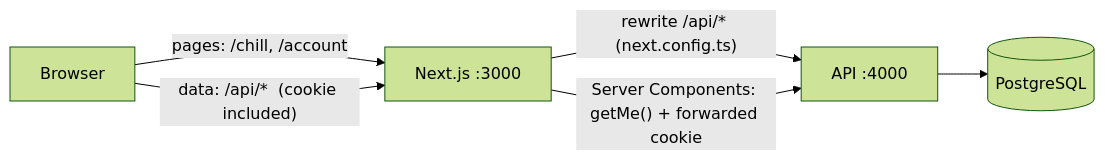
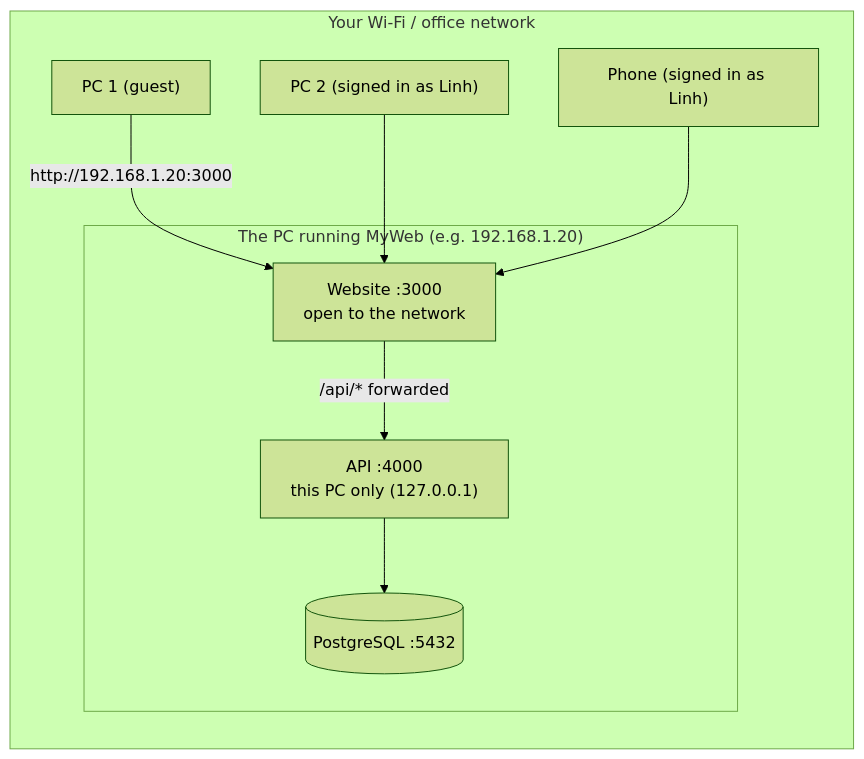
One commit to tqhung431/MyWeb changed the first of 4 diagrams in docs/stage-4.md. Above: the diagram before and after it, drawn with Mermaid (forest theme). The commit also changed other lines of this file and 40 other files, not shown here.

````diff
--- a/docs/stage-4.md
+++ b/docs/stage-4.md
@@ -16,8 +18,18 @@
 ```mermaid
 flowchart LR
-    B[Browser] -- "pages: /chill, /account" --> N[Next.js :3000]
-    B -- "data: /api/*  (cookie included)" --> N
-    N -- "rewrite /api/* (next.config.ts)" --> A[API :4000]
-    N -- "Server Components: getMe() + forwarded cookie" --> A
-    A --> D[(PostgreSQL)]
+    subgraph Network["Your Wi-Fi / office network"]
+        PC1["PC 1 (guest)"]
+        PC2["PC 2 (signed in as Linh)"]
+        PH["Phone (signed in as Linh)"]
+        subgraph Host["The PC running MyWeb (e.g. 192.168.1.20)"]
+            N["Website :3000<br/>open to the network"]
+            A["API :4000<br/>this PC only (127.0.0.1)"]
+            D[("PostgreSQL :5432")]
+        end
+    end
+    PC1 -- "http://192.168.1.20:3000" --> N
+    PC2 --> N
+    PH --> N
+    N -- "/api/* forwarded" --> A
+    A --> D
 ```
````
